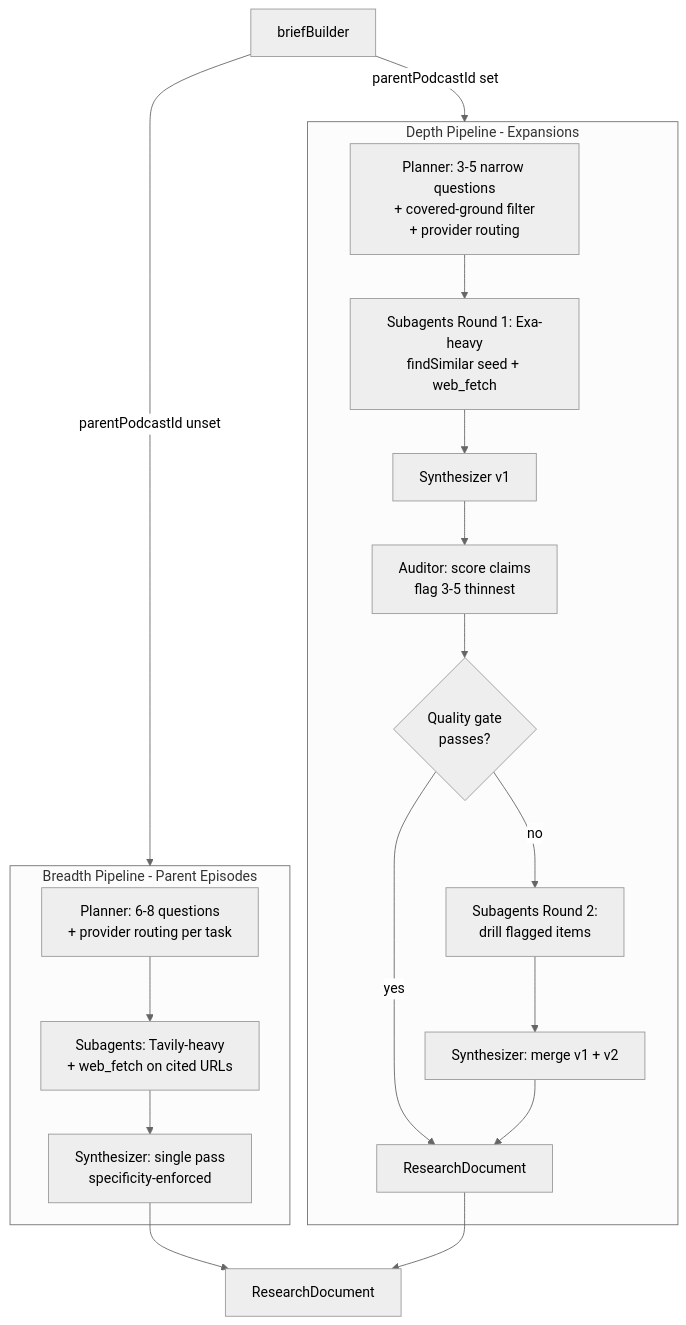
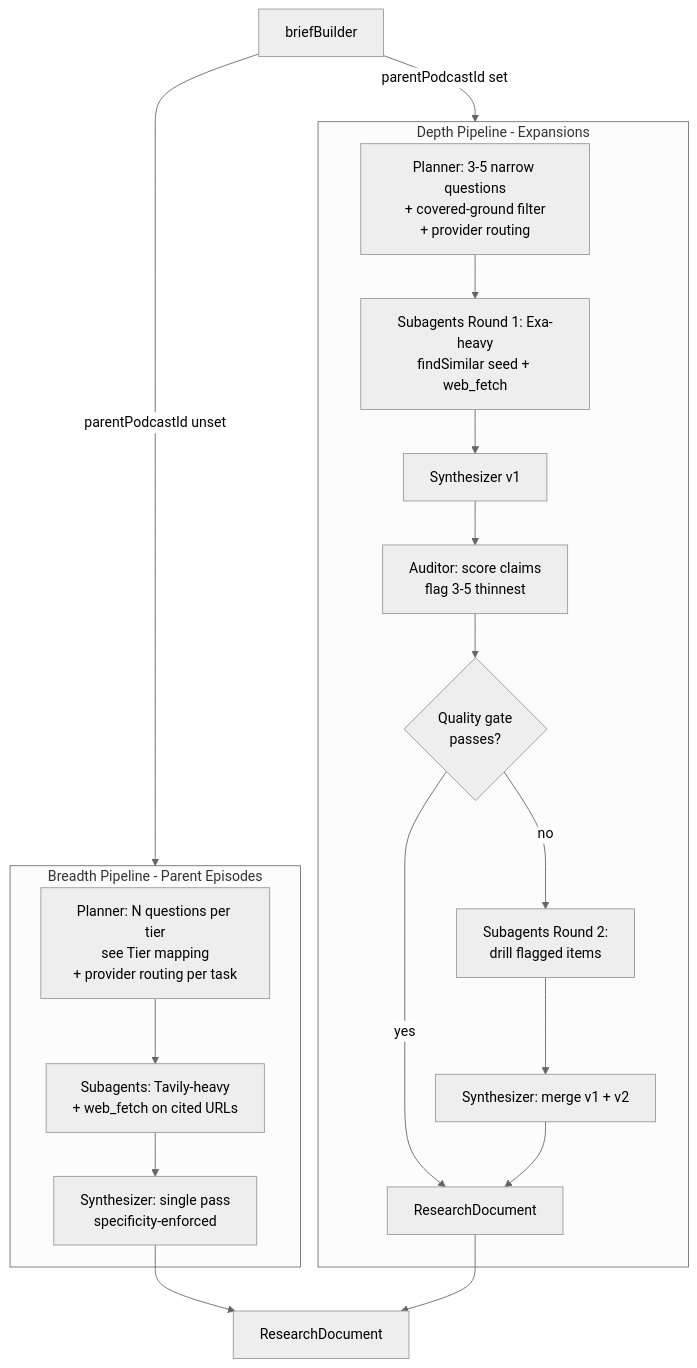
The first of 2 diagrams in docs/superpowers/specs/2026-05-18-research-quality-asymmetric-pipeline-design.md (IsuruDR/katavo), drawn with Mermaid (neutral theme) before and after one commit. The commit also changed other lines of this file, not shown here.

````diff
--- a/docs/superpowers/specs/2026-05-18-research-quality-asymmetric-pipeline-design.md
+++ b/docs/superpowers/specs/2026-05-18-research-quality-asymmetric-pipeline-design.md
@@ -17,28 +25,28 @@
 ```mermaid
 flowchart TD
     Start[briefBuilder] -->|parentPodcastId unset| Breadth
     Start -->|parentPodcastId set| Depth
 
     subgraph Breadth[Breadth Pipeline - Parent Episodes]
-        BP[Planner: 6-8 questions<br/>+ provider routing per task]
+        BP[Planner: N questions per tier<br/>see Tier mapping<br/>+ provider routing per task]
         BS[Subagents: Tavily-heavy<br/>+ web_fetch on cited URLs]
         BY[Synthesizer: single pass<br/>specificity-enforced]
         BP --> BS --> BY
     end
 
     subgraph Depth[Depth Pipeline - Expansions]
         DP[Planner: 3-5 narrow questions<br/>+ covered-ground filter<br/>+ provider routing]
         DS1[Subagents Round 1: Exa-heavy<br/>findSimilar seed + web_fetch]
         DY1[Synthesizer v1]
         DA[Auditor: score claims<br/>flag 3-5 thinnest]
         DG{Quality gate<br/>passes?}
         DS2[Subagents Round 2:<br/>drill flagged items]
         DY2[Synthesizer: merge v1 + v2]
         DP --> DS1 --> DY1 --> DA --> DG
         DG -->|yes| Done1[ResearchDocument]
         DG -->|no| DS2 --> DY2 --> Done1
     end
 
     BY --> Out[ResearchDocument]
     Done1 --> Out
 ```
````
